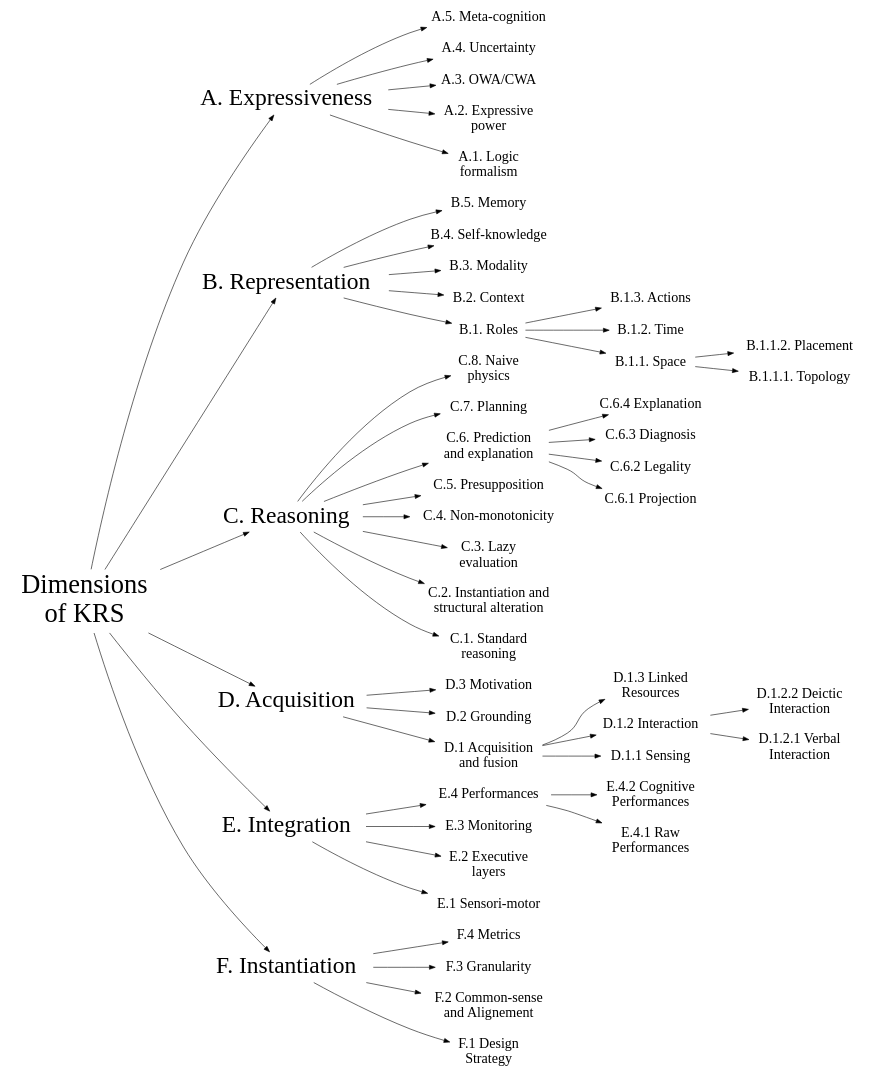
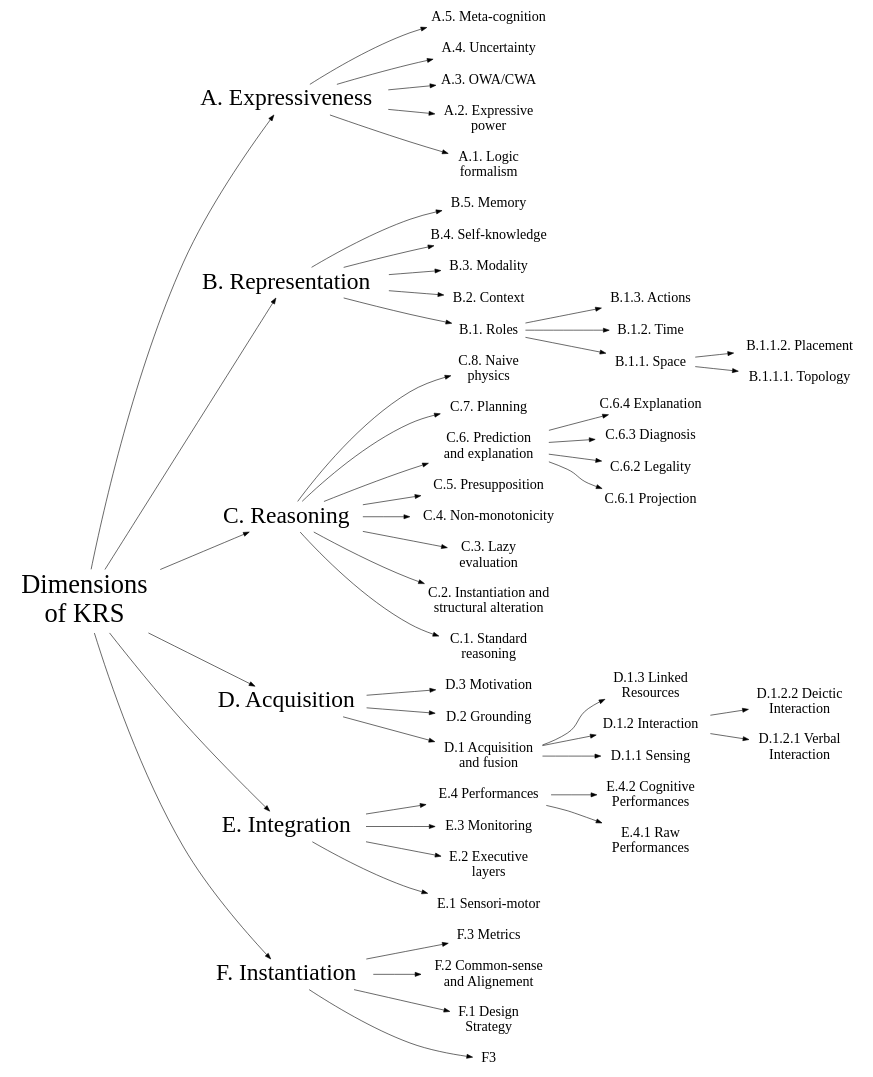
Before and after one commit to severin-lemaignan/these: the diagram in images/taxonomy.dot, drawn with Graphviz. The commit also changed 2 other files, not shown here.

```diff
--- a/images/taxonomy.dot
+++ b/images/taxonomy.dot
@@ -1,131 +1,130 @@
 strict digraph Knowledge {
 
 rankdir=LR;
 overlap=scale;
 
 node [shape=plaintext,fontsize=24,fontname="Ubuntu"];
 
 root [label="Dimensions\n of KRS", fontsize=45];
 root -> A;
 root -> B;
 root -> C;
 root -> D;
 root -> E;
 root -> F;
 
 F [label="F. Instantiation", fontsize=40];
 E [label="E. Integration", fontsize=40];
 D [label="D. Acquisition", fontsize=40];
 C [label="C. Reasoning", fontsize=40];
 B [label="B. Representation", fontsize=40];
 A [label="A. Expressiveness", fontsize=40];
 
 
 A5 [label="A.5. Meta-cognition"];
 A4 [label="A.4. Uncertainty"];
 A3 [label="A.3. OWA/CWA"];
 A2 [label="A.2. Expressive\n power"];
 A1 [label="A.1. Logic\n formalism"];
 
 A -> A1;
 A -> A2;
 A -> A3;
 A -> A4;
 A -> A5;
 
 B5 [label="B.5. Memory"];
 B4 [label="B.4. Self-knowledge"];
 B3 [label="B.3. Modality"];
 B2 [label="B.2. Context"];
 B1 [label="B.1. Roles"];
 
 
 B13 [label="B.1.3. Actions"];
 B12 [label="B.1.2. Time"];
 B11 [label="B.1.1. Space"];
 
 B112 [label="B.1.1.2. Placement"];
 B111 [label="B.1.1.1. Topology"];
 
 B -> B1 -> B11 -> B111;
            B11 -> B112;
      B1 -> B12;
      B1 -> B13;
 B -> B2;
 B -> B3;
 B -> B4;
 B -> B5;
 
 
 
 //C10 [label="C.9. Learning"];
 C9 [label="C.8. Naive\n physics"];
 C8 [label="C.7. Planning"];
 C7 [label="C.6. Prediction\n and explanation"];
 C6 [label="C.5. Presupposition"];
 C5 [label="C.4. Non-monotonicity"];
 C3 [label="C.3. Lazy\n evaluation"];
 C2 [label="C.2. Instantiation and\n structural alteration"];
 C1 [label="C.1. Standard\n reasoning"];
 
 C74 [label="C.6.4 Explanation"];
 C73 [label="C.6.3 Diagnosis"];
 C72 [label="C.6.2 Legality"];
 C71 [label="C.6.1 Projection"];
 
 C -> C1;
 C -> C2;
 C -> C3;
 C -> C5;
 C -> C6;
 C -> C7 -> C71;
      C7 -> C72;
      C7 -> C73;
      C7 -> C74;
 C -> C8;
 C -> C9;
 //C -> C10;
 
 D3 [label="D.3 Motivation"];
 D2 [label="D.2 Grounding"];
 D1 [label="D.1 Acquisition\n and fusion"];
 
 D13 [label="D.1.3 Linked\n Resources"];
 D12 [label="D.1.2 Interaction"];
 D11 [label="D.1.1 Sensing"];
 
 D122 [label="D.1.2.2 Deictic\n Interaction"];
 D121 [label="D.1.2.1 Verbal\n Interaction"];
 
 D -> D1 -> D11;
      D1 -> D12 -> D121;
            D12 -> D122;
      D1 -> D13;
 D -> D2;
 D -> D3;
 
 E4 [label="E.4 Performances"];
 E3 [label="E.3 Monitoring"];
 E2 [label="E.2 Executive\n layers"];
 E1 [label="E.1 Sensori-motor"];
 
 E42 [label="E.4.2 Cognitive\n Performances"];
 E41 [label="E.4.1 Raw\n Performances"];
 
 E -> E1;
 E -> E2;
 E -> E3;
 E -> E4 -> E41;
      E4 -> E42;
 
-F4 [label="F.4 Metrics"];
-F3 [label="F.3 Granularity"];
+F4 [label="F.3 Metrics"];
 F2 [label="F.2 Common-sense\n and Alignement"];
 F1 [label="F.1 Design\n Strategy"];
 
 F -> F1;
 F -> F2;
 F -> F3;
 F -> F4;
 
 }
```
